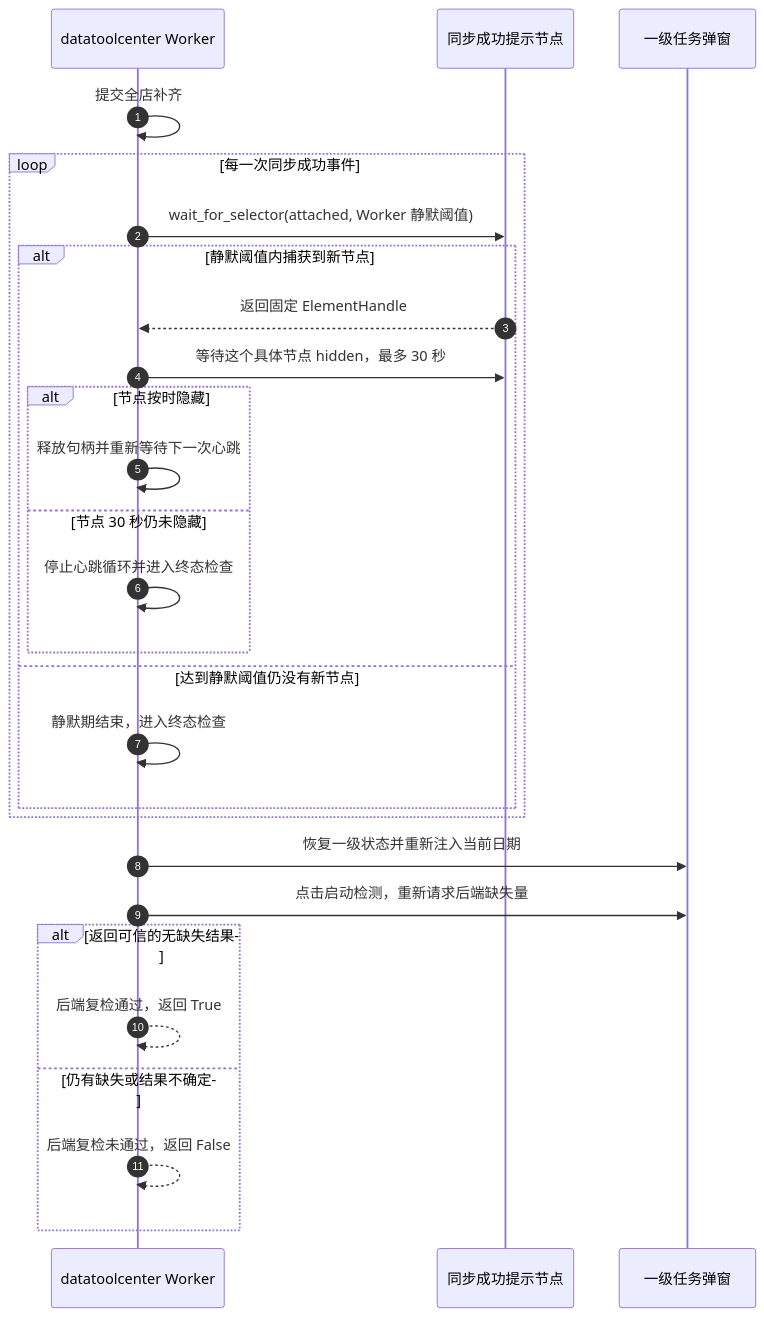
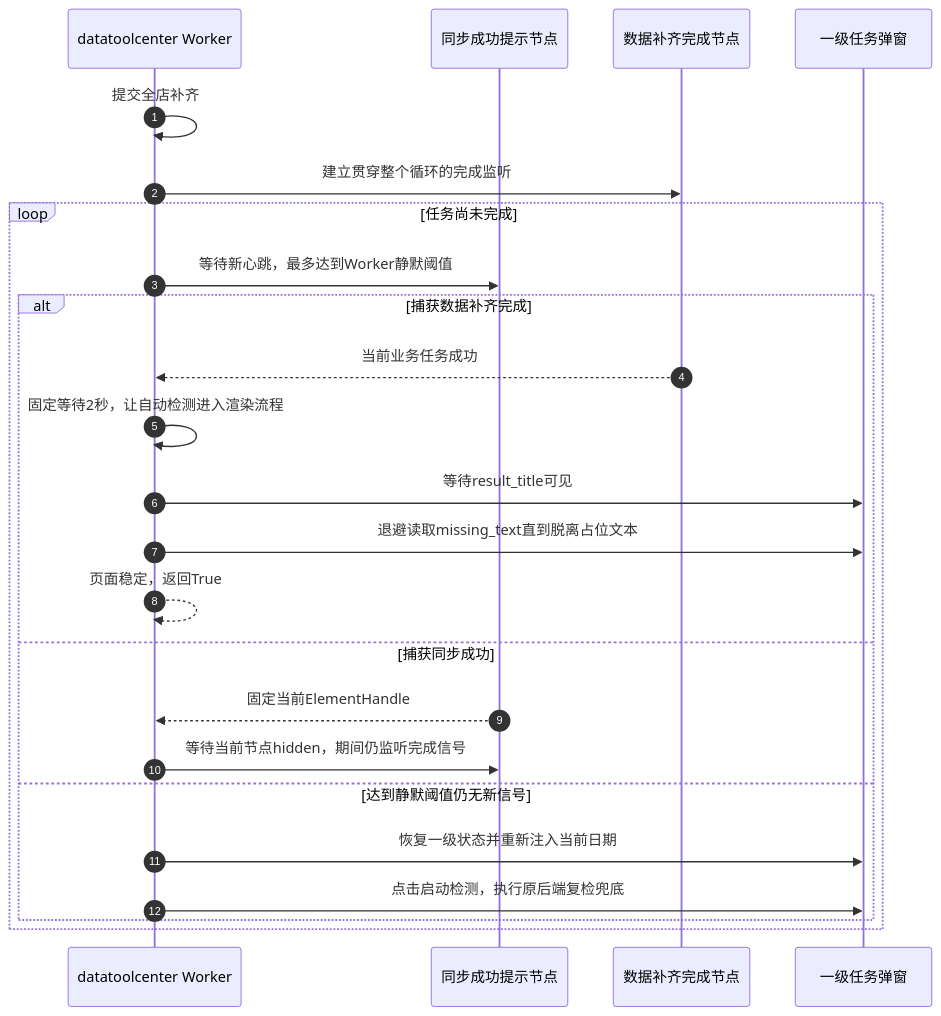
The tenth of 15 diagrams in ARCHITECTURE.md (liao084/BitBrowser-Backfill-Engine), drawn with Mermaid before and after one commit. The commit also changed other lines of this file and 2 other files, not shown here.

Commit message:
feat: recognize data completion signal

````diff
--- a/ARCHITECTURE.md
+++ b/ARCHITECTURE.md
@@ -377,30 +379,27 @@
 ```mermaid
 sequenceDiagram
     autonumber
     participant W as datatoolcenter Worker
-    participant Toast as 同步成功提示节点
+    participant Heartbeat as 同步成功提示节点
+    participant Complete as 数据补齐完成节点
     participant Primary as 一级任务弹窗
 
     W->>W: 提交全店补齐
-    loop 每一次同步成功事件
-        W->>Toast: wait_for_selector(attached, Worker 静默阈值)
-        alt 静默阈值内捕获到新节点
-            Toast-->>W: 返回固定 ElementHandle
-            W->>Toast: 等待这个具体节点 hidden，最多 30 秒
-            alt 节点按时隐藏
-                W->>W: 释放句柄并重新等待下一次心跳
-            else 节点 30 秒仍未隐藏
-                W->>W: 停止心跳循环并进入终态检查
-            end
-        else 达到静默阈值仍没有新节点
-            W->>W: 静默期结束，进入终态检查
+    W->>Complete: 建立贯穿整个循环的完成监听
+    loop 任务尚未完成
+        W->>Heartbeat: 等待新心跳，最多达到Worker静默阈值
+        alt 捕获数据补齐完成
+            Complete-->>W: 当前业务任务成功
+            W->>W: 固定等待2秒，让自动检测进入渲染流程
+            W->>Primary: 等待result_title可见
+            W->>Primary: 退避读取missing_text直到脱离占位文本
+            W-->>W: 页面稳定，返回True
+        else 捕获同步成功
+            Heartbeat-->>W: 固定当前ElementHandle
+            W->>Heartbeat: 等待当前节点hidden，期间仍监听完成信号
+        else 达到静默阈值仍无新信号
+            W->>Primary: 恢复一级状态并重新注入当前日期
+            W->>Primary: 点击启动检测，执行原后端复检兜底
         end
     end
-    W->>Primary: 恢复一级状态并重新注入当前日期
-    W->>Primary: 点击启动检测，重新请求后端缺失量
-    alt 返回可信的无缺失结果
-        W-->>W: 后端复检通过，返回 True
-    else 仍有缺失或结果不确定
-        W-->>W: 后端复检未通过，返回 False
-    end
 ```
````
